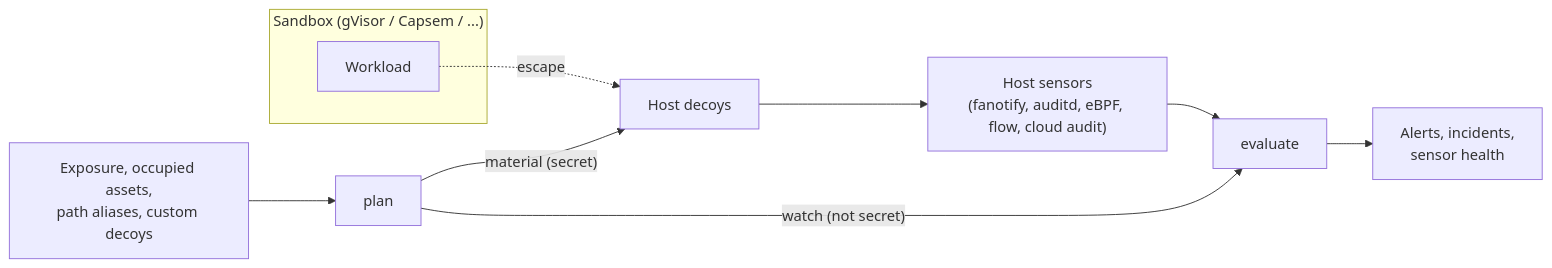
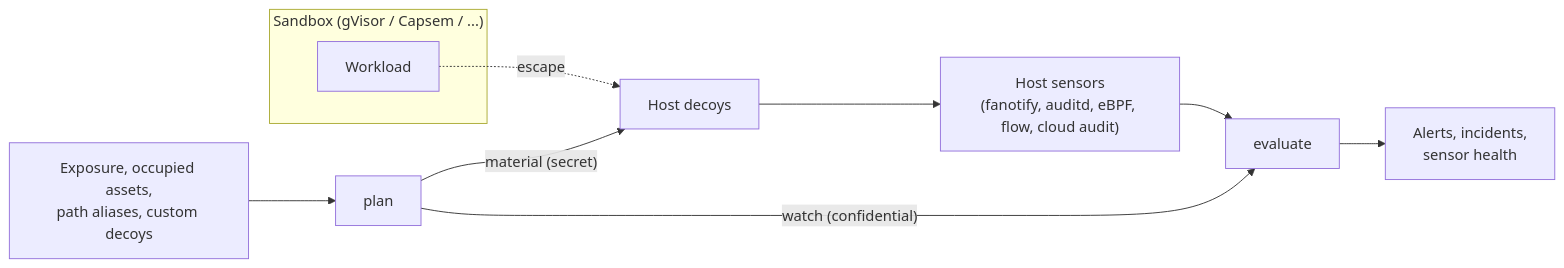
Before and after one commit to allsmog/sandbox-honeypot: the diagram in components/sandbox-tripwire/component.md, drawn with Mermaid. The commit also changed other lines of this file and 8 other files, not shown here.

````diff
--- a/components/sandbox-tripwire/component.md
+++ b/components/sandbox-tripwire/component.md
@@ -62,13 +63,13 @@
 ```mermaid
 flowchart LR
     subgraph Sandbox["Sandbox (gVisor / Capsem / ...)"]
         W["Workload"]
     end
     W -. "escape" .-> D["Host decoys"]
     X["Exposure, occupied assets,<br/>path aliases, custom decoys"] --> P["plan"]
     P -- "material (secret)" --> D
-    P -- "watch (not secret)" --> E["evaluate"]
+    P -- "watch (confidential)" --> E["evaluate"]
     D --> S["Host sensors<br/>(fanotify, auditd, eBPF, flow, cloud audit)"]
     S --> E
     E --> A["Alerts, incidents,<br/>sensor health"]
 ```
````
